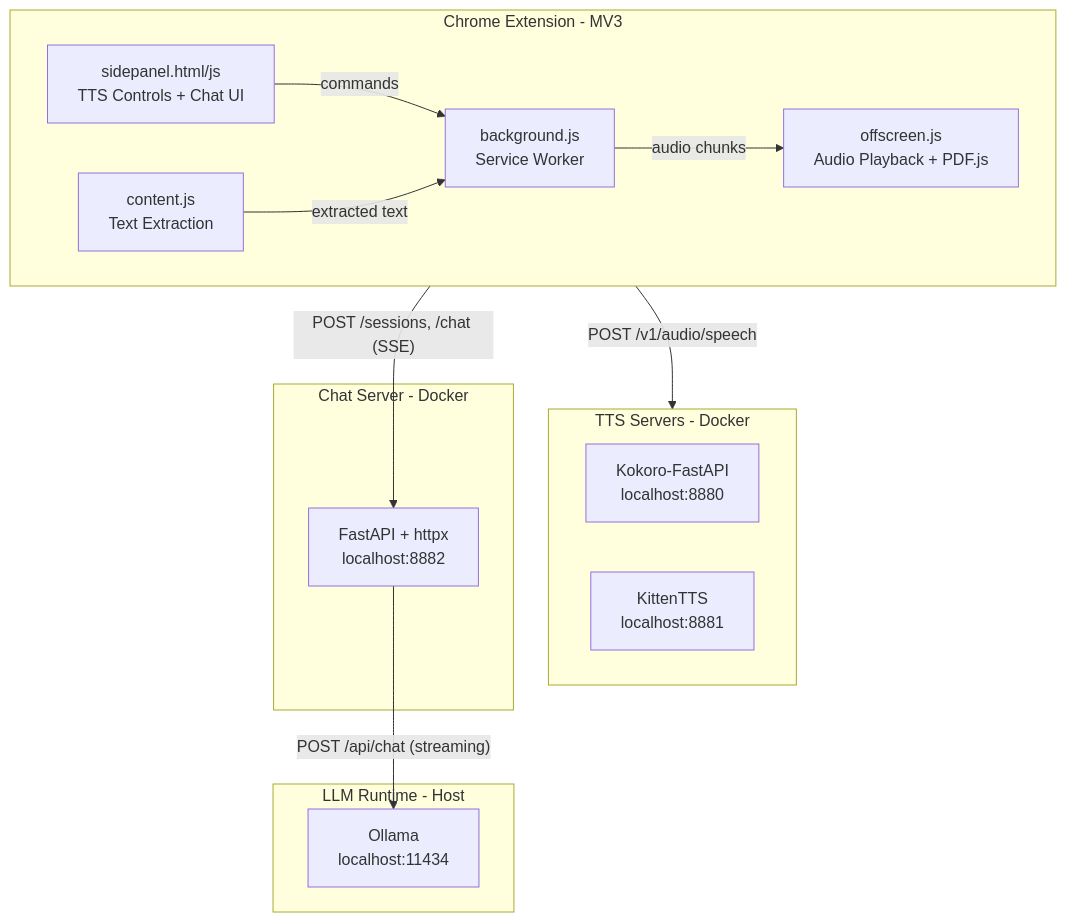
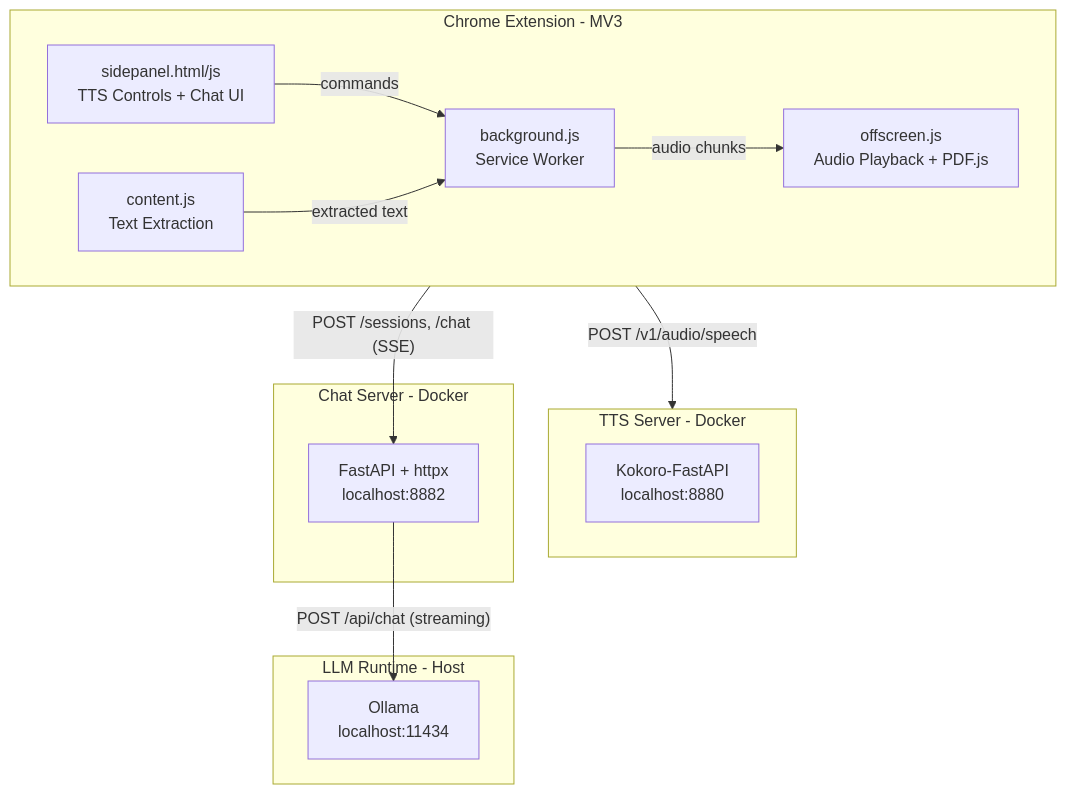
Before and after one commit to kargarisaac/voxlocal: the diagram in README.md, drawn with Mermaid. The commit also changed other lines of this file and 7 other files, not shown here.

First line of the commit message:
Remove KittenTTS backend entirely

````diff
--- a/README.md
+++ b/README.md
@@ -49,32 +49,30 @@
 ```mermaid
 flowchart TB
     subgraph ext["Chrome Extension - MV3"]
         direction LR
         sidepanel["sidepanel.html/js<br/>TTS Controls + Chat UI"]
         background["background.js<br/>Service Worker"]
         content["content.js<br/>Text Extraction"]
         offscreen["offscreen.js<br/>Audio Playback + PDF.js"]
 
         sidepanel -- commands --> background
         content -- extracted text --> background
         background -- audio chunks --> offscreen
     end
 
-    subgraph tts["TTS Servers - Docker"]
-        direction LR
+    subgraph tts["TTS Server - Docker"]
         kokoro["Kokoro-FastAPI<br/>localhost:8880"]
-        kitten["KittenTTS<br/>localhost:8881"]
     end
 
     subgraph chat["Chat Server - Docker"]
         chatserver["FastAPI + httpx<br/>localhost:8882"]
     end
 
     subgraph llm["LLM Runtime - Host"]
         ollama["Ollama<br/>localhost:11434"]
     end
 
     background -- "POST /v1/audio/speech" --> tts
     background -- "POST /sessions, /chat (SSE)" --> chatserver
     chatserver -- "POST /api/chat (streaming)" --> ollama
 ```
````
